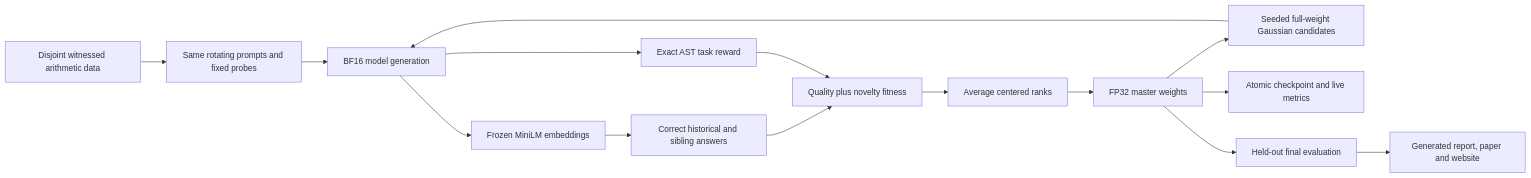
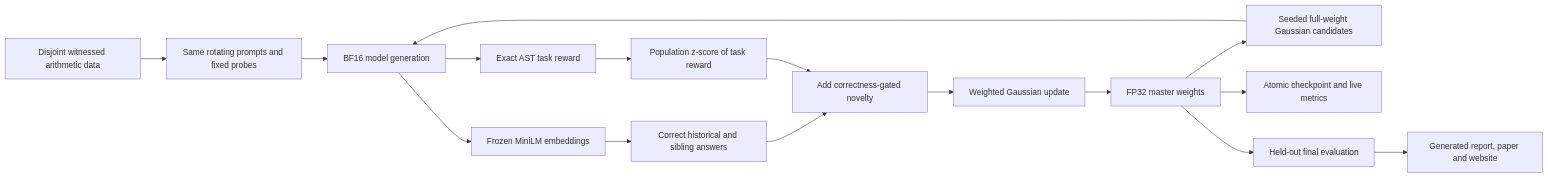
One commit to BurnyCoder/evolutionary-strategies-novelty-search-llm-training changed the diagram in README.md. Above: the diagram before and after it, drawn with Mermaid. The commit also changed other lines of this file and 14 other files, not shown here.

````diff
--- a/README.md
+++ b/README.md
@@ -7,17 +7,18 @@
 ```mermaid
 flowchart LR
   D[Disjoint witnessed arithmetic data] --> P[Same rotating prompts and fixed probes]
   M[FP32 master weights] --> N[Seeded full-weight Gaussian candidates]
   P --> G[BF16 model generation]
   N --> G
   G --> Q[Exact AST task reward]
   G --> E[Frozen MiniLM embeddings]
   E --> A[Correct historical and sibling answers]
-  A --> F[Quality plus novelty fitness]
-  Q --> F
-  F --> R[Average centered ranks]
+  A --> F[Add correctness-gated novelty]
+  Q --> Z[Population z-score of task reward]
+  Z --> F
+  F --> R[Weighted Gaussian update]
   R --> M
   M --> C[Atomic checkpoint and live metrics]
   M --> T[Held-out final evaluation]
   T --> O[Generated report, paper and website]
 ```
````
